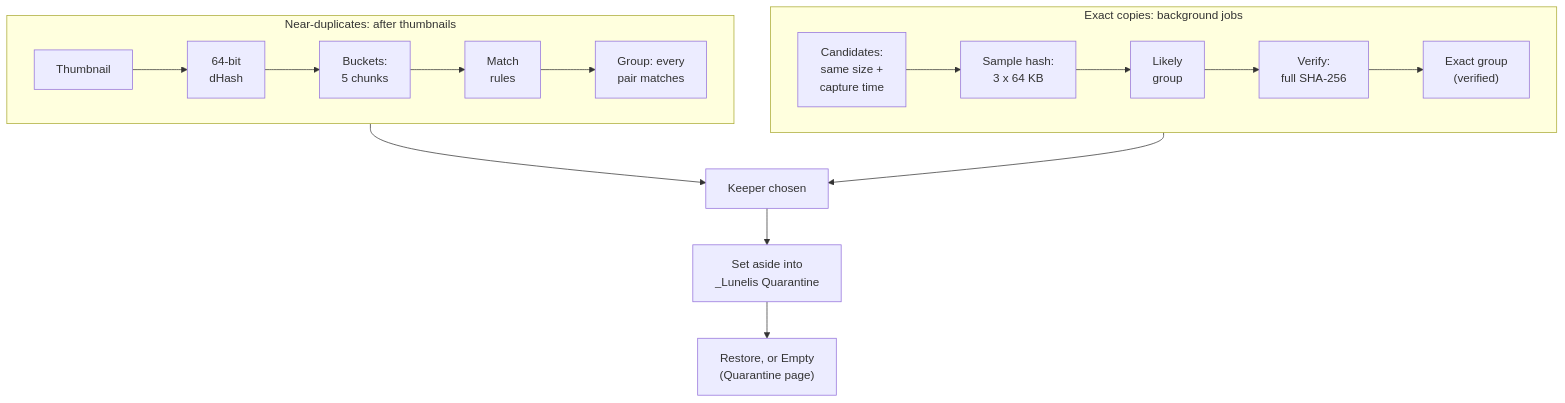
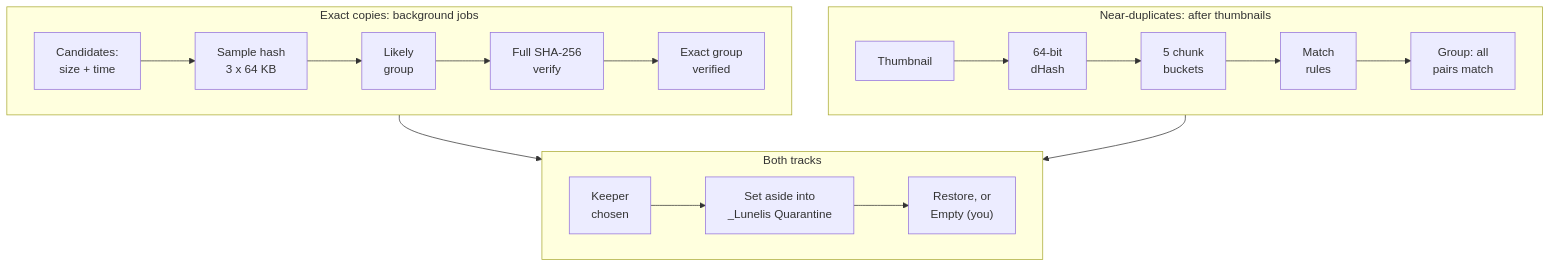
One commit to AxialForge/Lunelis changed the first of 5 diagrams in docs/src/engine-duplicates.md. Above: the diagram before and after it, drawn with Mermaid. The commit also changed other lines of this file and 6 other files, not shown here.

Commit message:
Kit: keep table columns wide enough for their longest word, legend below charts, no blank page before a chapter, optional chapter flow

````diff
--- a/docs/src/engine-duplicates.md
+++ b/docs/src/engine-duplicates.md
@@ -65,21 +52,17 @@
-```mermaid Overview: two tracks find candidates and prove them; both end at the same keeper choice and the same reversible quarantine.
+```mermaid Overview: two tracks find and prove candidates; both end at one keeper choice and one reversible quarantine.
 flowchart TB
   subgraph EX["Exact copies: background jobs"]
     direction LR
-    A["Candidates:<br>same size +<br>capture time"] --> B["Sample hash:<br>3 x 64 KB"]
-    B --> C["Likely<br>group"]
-    C --> D["Verify:<br>full SHA-256"]
-    D --> E["Exact group<br>(verified)"]
+    A["Candidates:<br>size + time"] --> B["Sample hash<br>3 x 64 KB"] --> C["Likely<br>group"] --> D["Full SHA-256<br>verify"] --> E["Exact group<br>verified"]
   end
   subgraph NE["Near-duplicates: after thumbnails"]
     direction LR
-    F["Thumbnail"] --> G["64-bit<br>dHash"]
-    G --> H["Buckets:<br>5 chunks"]
-    H --> I["Match<br>rules"]
-    I --> J["Group: every<br>pair matches"]
+    F["Thumbnail"] --> G["64-bit<br>dHash"] --> H["5 chunk<br>buckets"] --> I["Match<br>rules"] --> J["Group: all<br>pairs match"]
   end
-  E --> K["Keeper chosen"]
-  J --> K
-  K --> L["Set aside into<br>_Lunelis Quarantine"]
-  L --> M["Restore, or Empty<br>(Quarantine page)"]
+  subgraph EN["Both tracks"]
+    direction LR
+    K["Keeper<br>chosen"] --> L["Set aside into<br>_Lunelis Quarantine"] --> M["Restore, or<br>Empty (you)"]
+  end
+  EX --> EN
+  NE --> EN
 ```
````
